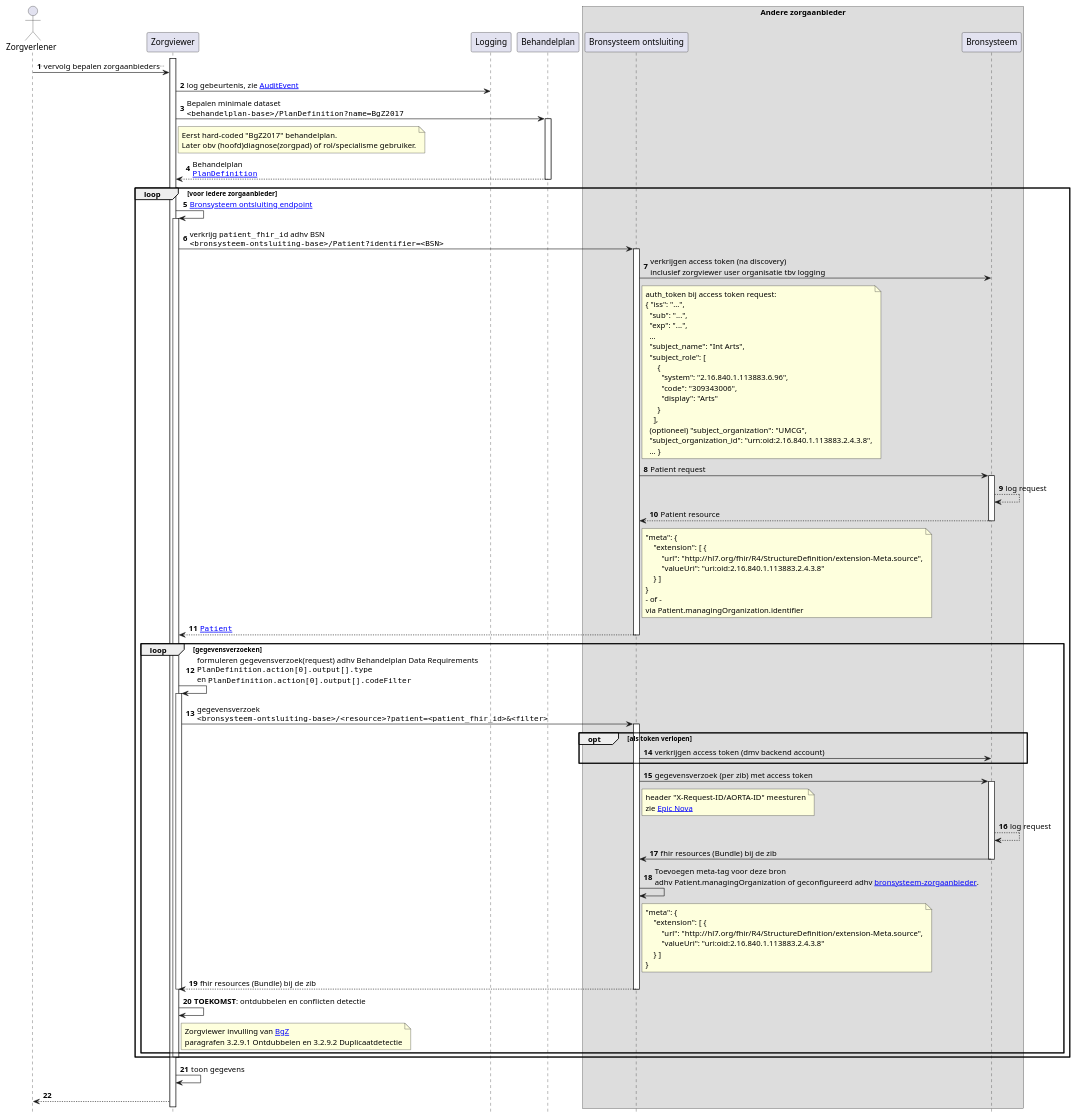
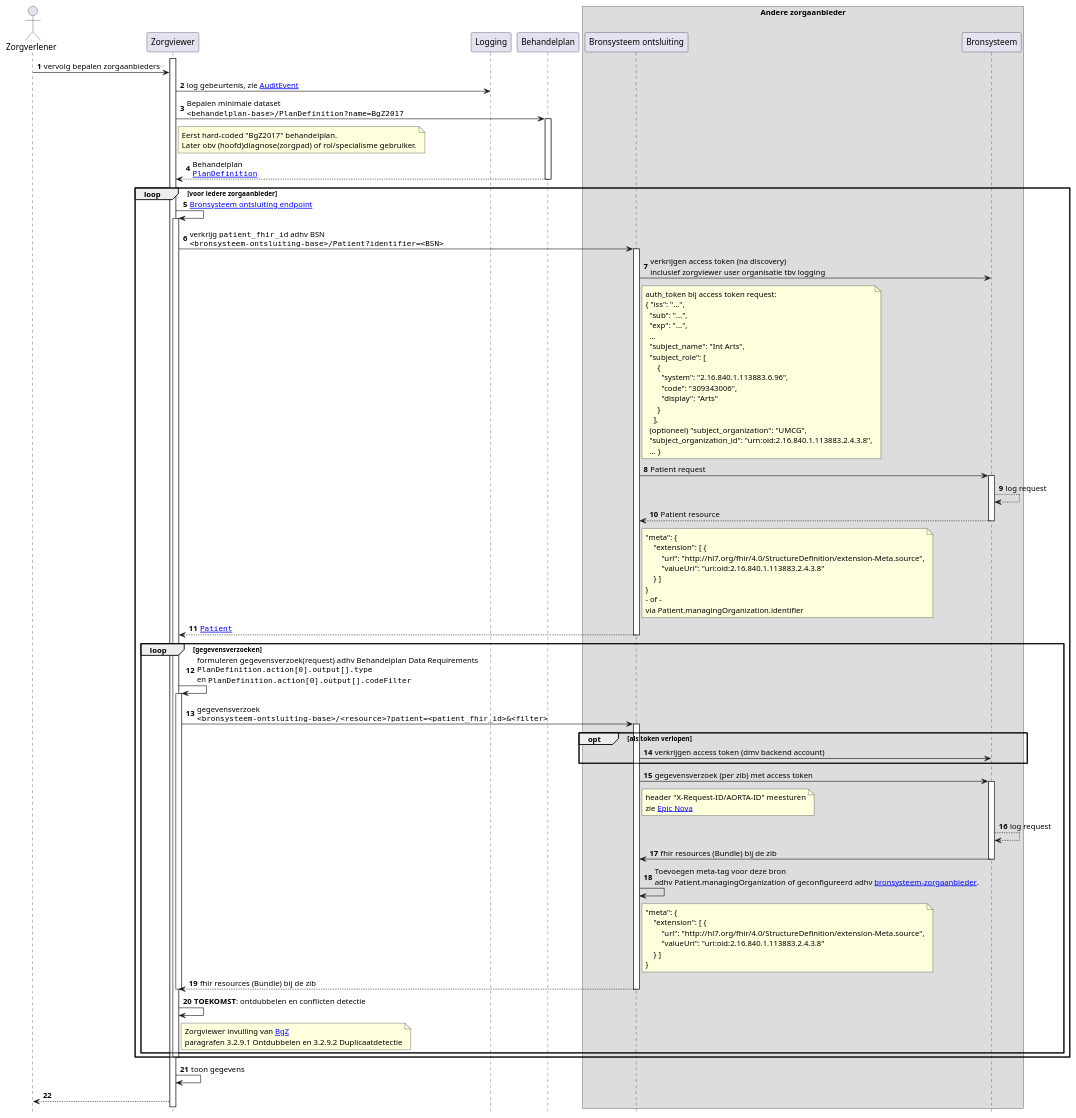
The diagram in input/images-source/Zorgviewer-seq-3.plantuml (RIVO-Noord/zorgviewer-ig), drawn with PlantUML before and after one commit. The commit also changed 10 other files, not shown here.

Commit message:
Update syntax for FHIR version in Meta.source extension

```diff
--- a/input/images-source/Zorgviewer-seq-3.plantuml
+++ b/input/images-source/Zorgviewer-seq-3.plantuml
@@ -1,107 +1,107 @@
 @startuml
 hide footbox
 autonumber
 
 actor Zorgverlener
 participant Zorgviewer
 participant Logging
 participant Behandelplan
 box "Andere zorgaanbieder"
 participant "Bronsysteem ontsluiting" as Bron
 participant Bronsysteem
 end box
 
 activate Zorgviewer
 Zorgverlener->Zorgviewer: ..vervolg bepalen zorgaanbieders..
 Zorgviewer->Logging: log gebeurtenis, zie [[StructureDefinition-AuditEvent.html AuditEvent]]
 Zorgviewer->Behandelplan: Bepalen minimale dataset\n""<behandelplan-base>/PlanDefinition?name=BgZ2017""
 note right Zorgviewer
   Eerst hard-coded "BgZ2017" behandelplan.
   Later obv (hoofd)diagnose(zorgpad) of rol/specialisme gebruiker.
 end note
 activate Behandelplan
 Behandelplan-->Zorgviewer: Behandelplan\n""[[StructureDefinition-PlanDefinition.html PlanDefinition]]""
 deactivate Behandelplan
 loop voor iedere zorgaanbieder
   Zorgviewer->Zorgviewer: [[Endpoint-UMCG.html Bronsysteem ontsluiting endpoint]]
   activate Zorgviewer
   Zorgviewer->Bron : verkrijg ""patient_fhir_id"" adhv BSN\n""<bronsysteem-ontsluiting-base>/Patient?identifier=<BSN>""
   activate Bron
   Bron->Bronsysteem : verkrijgen access token (na discovery)\ninclusief zorgviewer user organisatie tbv logging
   note right Bron
     auth_token bij access token request:
     { "iss": "...",
       "sub": "...",
       "exp": "...",
       ...
       "subject_name": "Int Arts",
       "subject_role": [ 
           { 
             "system": "2.16.840.1.113883.6.96", 
             "code": "309343006", 
             "display": "Arts" 
           } 
         ],
       (optioneel) "subject_organization": "UMCG",
       "subject_organization_id": "urn:oid:2.16.840.1.113883.2.4.3.8",
       ... }    
   end note
   Bron->Bronsysteem : Patient request
   activate Bronsysteem
   Bronsysteem-->Bronsysteem: log request
   Bronsysteem-->Bron : Patient resource
   note right Bron
 "meta": {
     "extension": [ {
-        "url": "http://hl7.org/fhir/R4/StructureDefinition/extension-Meta.source",
+        "url": "http://hl7.org/fhir/4.0/StructureDefinition/extension-Meta.source",
         "valueUri": "uri:oid:2.16.840.1.113883.2.4.3.8"
     } ]
 }
 - of -
 via Patient.managingOrganization.identifier
   end note
   deactivate Bronsysteem
   Bron-->Zorgviewer : ""[[StructureDefinition-Patient.html Patient]]""
   deactivate Bron
   loop gegevensverzoeken
     Zorgviewer->Zorgviewer: formuleren gegevensverzoek(request) adhv Behandelplan Data Requirements\n""PlanDefinition.action[0].output[].type""\nen ""PlanDefinition.action[0].output[].codeFilter""
     activate Zorgviewer
     Zorgviewer->Bron: gegevensverzoek\n""<bronsysteem-ontsluiting-base>/<resource>?patient=<patient_fhir_id>&<filter>""
     activate Bron
     opt als token verlopen
       Bron->Bronsysteem : verkrijgen access token (dmv backend account)
     end opt
     Bron->Bronsysteem : gegevensverzoek (per zib) met access token
     note right Bron
         header "X-Request-ID/AORTA-ID" meesturen
         zie [[https://nova.epic.com/Search.aspx?CstID=2#SearchTerm=818072 Epic Nova]]
     end note
     activate Bronsysteem
     Bronsysteem-->Bronsysteem: log request
     Bronsysteem->Bron: fhir resources (Bundle) bij de zib
     deactivate Bronsysteem
     Bron->Bron: Toevoegen meta-tag voor deze bron\nadhv Patient.managingOrganization of geconfigureerd adhv [[CodeSystem-bronsysteem-zorgaanbieder.html bronsysteem-zorgaanbieder]].
     note right Bron
 "meta": {
     "extension": [ {
-        "url": "http://hl7.org/fhir/R4/StructureDefinition/extension-Meta.source",
+        "url": "http://hl7.org/fhir/4.0/StructureDefinition/extension-Meta.source",
         "valueUri": "uri:oid:2.16.840.1.113883.2.4.3.8"
     } ]
 }
     end note
     Bron-->Zorgviewer: fhir resources (Bundle) bij de zib
     deactivate Bron
     deactivate Zorgviewer
     Zorgviewer->Zorgviewer: **TOEKOMST**: ontdubbelen en conflicten detectie
     note right of Zorgviewer
       Zorgviewer invulling van [[https://informatiestandaarden.nictiz.nl/wiki/BgZ:V1.0_BgZ_MSZ_Informatiestandaard BgZ]] 
       paragrafen 3.2.9.1 Ontdubbelen en 3.2.9.2 Duplicaatdetectie
     end note
   end
   deactivate Zorgviewer
 end
 
 Zorgviewer->Zorgviewer: toon gegevens
 Zorgviewer-->Zorgverlener
 
 @enduml
```
